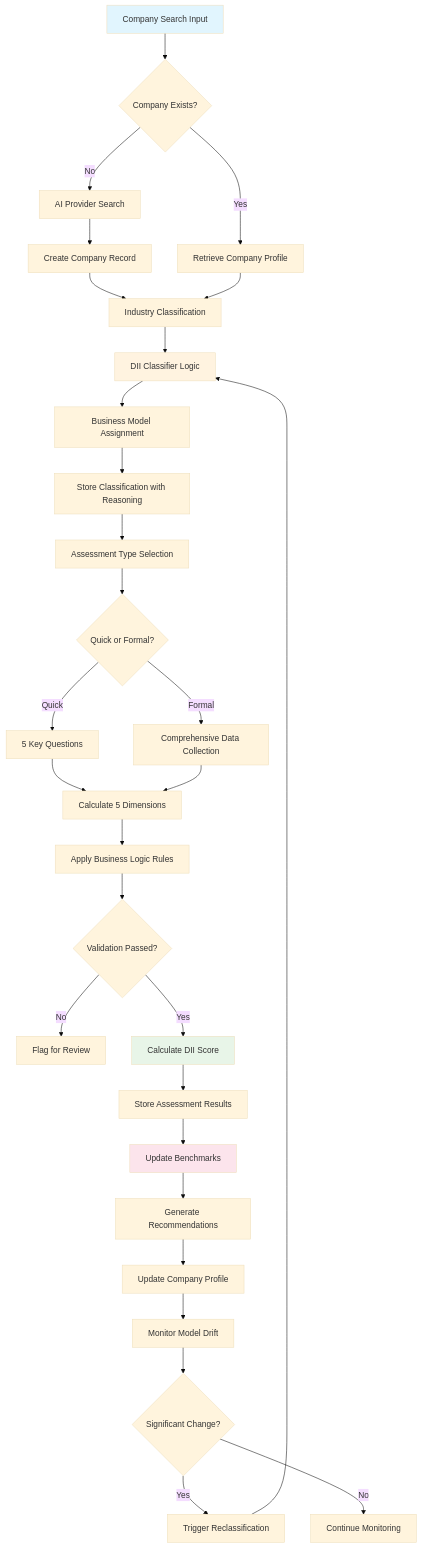
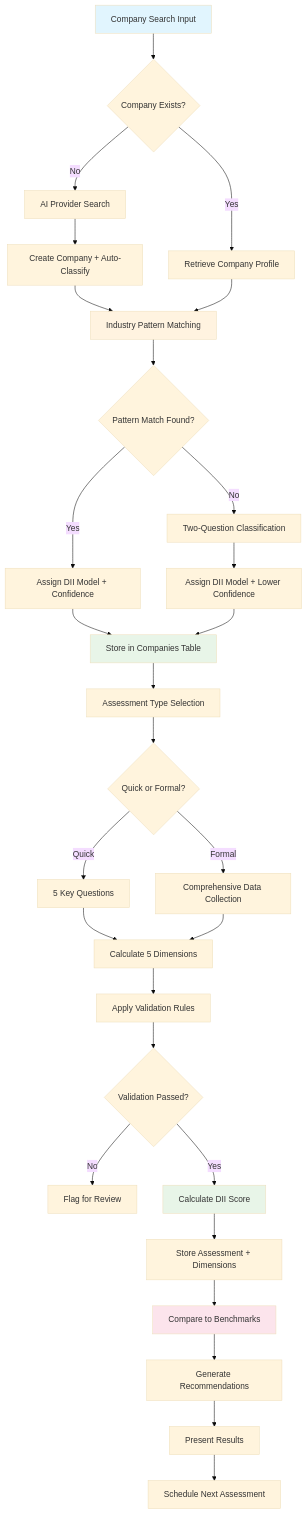
Before and after one commit to Percevals/Laberit-intelligence: the second of 4 diagrams in apps/assessment-v2/database-schema-diagram.md, drawn with Mermaid (base theme). The commit also changed other lines of this file and 4 other files, not shown here.

First line of the commit message:
Add DII business model database and service

````diff
--- a/apps/assessment-v2/database-schema-diagram.md
+++ b/apps/assessment-v2/database-schema-diagram.md
@@ -151,47 +123,47 @@
 ```mermaid
 flowchart TD
     %% Input Sources
     A[Company Search Input] --> B{Company Exists?}
     B -->|No| C[AI Provider Search]
     B -->|Yes| D[Retrieve Company Profile]
-    C --> E[Create Company Record]
+    C --> E[Create Company + Auto-Classify]
     
-    %% Business Model Classification
-    E --> F[Industry Classification]
+    %% Business Model Classification (Static)
+    E --> F[Industry Pattern Matching]
     D --> F
-    F --> G[DII Classifier Logic]
-    G --> H[Business Model Assignment]
-    H --> I[Store Classification with Reasoning]
+    F --> G{Pattern Match Found?}
+    G -->|Yes| H[Assign DII Model + Confidence]
+    G -->|No| I[Two-Question Classification]
+    I --> J[Assign DII Model + Lower Confidence]
+    H --> K[Store in Companies Table]
+    J --> K
     
     %% Assessment Process
-    I --> J[Assessment Type Selection]
-    J --> K{Quick or Formal?}
-    K -->|Quick| L[5 Key Questions]
-    K -->|Formal| M[Comprehensive Data Collection]
+    K --> L[Assessment Type Selection]
+    L --> M{Quick or Formal?}
+    M -->|Quick| N[5 Key Questions]
+    M -->|Formal| O[Comprehensive Data Collection]
     
     %% Calculation Engine
-    L --> N[Calculate 5 Dimensions]
-    M --> N
-    N --> O[Apply Business Logic Rules]
-    O --> P{Validation Passed?}
-    P -->|No| Q[Flag for Review]
-    P -->|Yes| R[Calculate DII Score]
+    N --> P[Calculate 5 Dimensions]
+    O --> P
+    P --> Q[Apply Validation Rules]
+    Q --> R{Validation Passed?}
+    R -->|No| S[Flag for Review]
+    R -->|Yes| T[Calculate DII Score]
     
-    %% Intelligence Layer
-    R --> S[Store Assessment Results]
-    S --> T[Update Benchmarks]
-    T --> U[Generate Recommendations]
-    U --> V[Update Company Profile]
+    %% Results Storage
+    T --> U[Store Assessment + Dimensions]
+    U --> V[Compare to Benchmarks]
+    V --> W[Generate Recommendations]
+    W --> X[Present Results]
     
-    %% Feedback Loop
-    V --> W[Monitor Model Drift]
-    W --> X{Significant Change?}
-    X -->|Yes| Y[Trigger Reclassification]
-    X -->|No| Z[Continue Monitoring]
-    Y --> G
+    %% Simplified - No Model Evolution
+    X --> Y[Schedule Next Assessment]
     
     style A fill:#e1f5fe
-    style G fill:#fff3e0
-    style R fill:#e8f5e8
-    style T fill:#fce4ec
+    style F fill:#fff3e0
+    style T fill:#e8f5e8
+    style V fill:#fce4ec
+    style K fill:#e8f5e8
 ```
````
